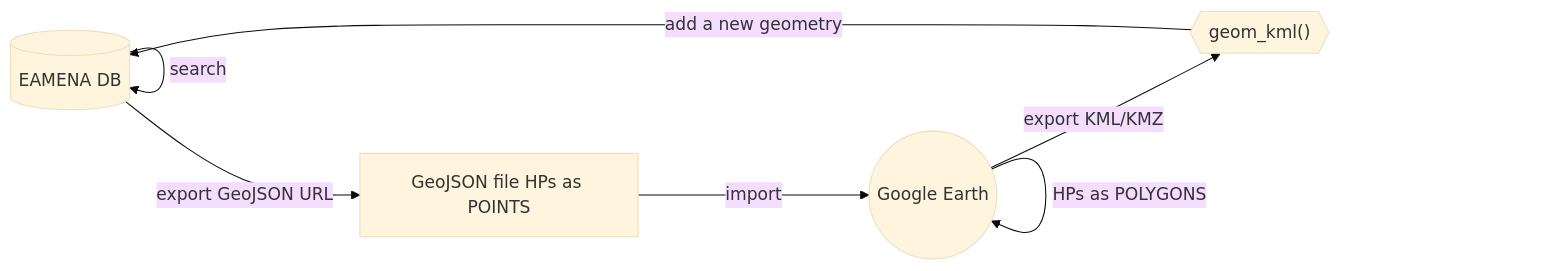
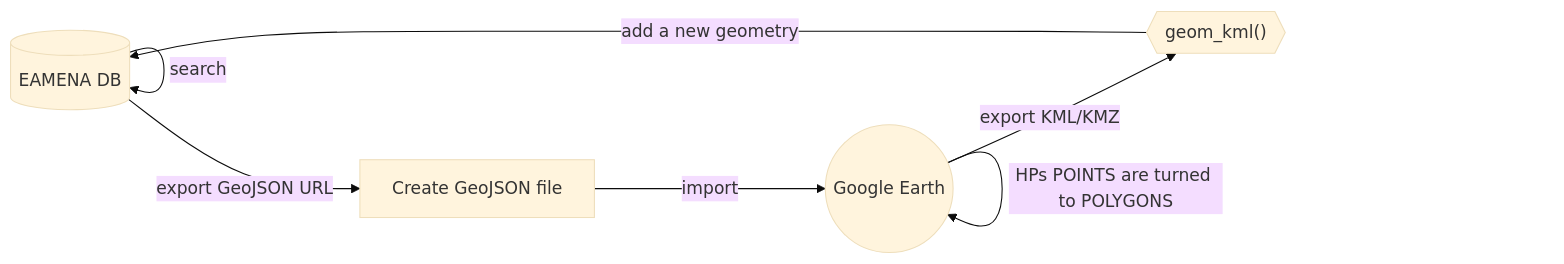
Before and after one commit to eamena-project/eamena-arches-dev: the diagram in data/kml/README.md, drawn with Mermaid (base theme).

Commit message:
geom_kml diagram

````diff
--- a/data/kml/README.md
+++ b/data/kml/README.md
@@ -3,9 +3,9 @@
 ```mermaid
 flowchart LR
     A[(EAMENA DB)] --search--> A;
-    A --export GeoJSON URL--> B[GeoJSON file HPs as POINTS];
+    A --export GeoJSON URL--> B[Create GeoJSON file];
     B --import--> C((Google Earth));
-    C --"HPs as POLYGONS"--> C;
+    C --"HPs POINTS are turned to POLYGONS"--> C;
     C --export KML/KMZ--> D{{"geom_kml()"}}; 
     D --add a new geometry--> A;
 ```
````
